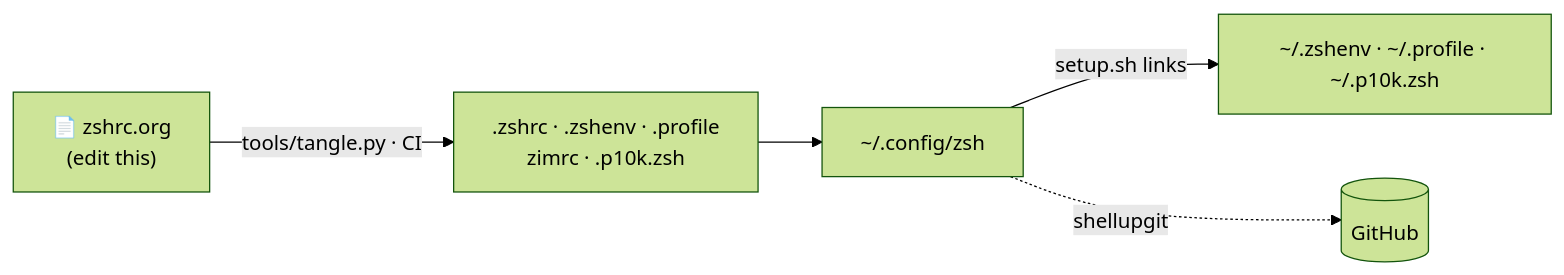
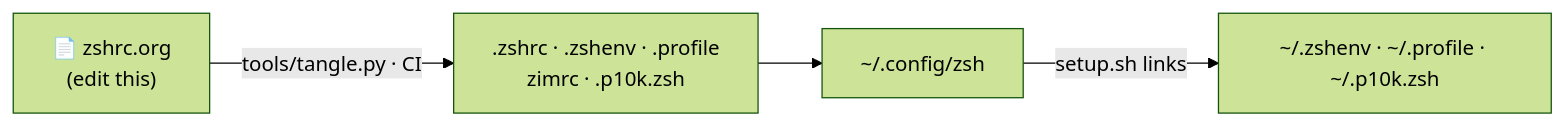
One commit to rexackermann/shell changed the diagram in README.md. Above: the diagram before and after it, drawn with Mermaid (forest theme). The commit also changed other lines of this file and 8 other files, not shown here.

````diff
--- a/README.md
+++ b/README.md
@@ -32,7 +31,6 @@
 ```mermaid
 flowchart LR
   A["📄 zshrc.org<br/>(edit this)"] -->|"tools/tangle.py · CI"| B[".zshrc · .zshenv · .profile<br/>zimrc · .p10k.zsh"]
   B --> C["~/.config/zsh"]
   C -->|"setup.sh links"| D["~/.zshenv · ~/.profile · ~/.p10k.zsh"]
-  C -.->|"shellupgit"| E[("GitHub")]
 ```
````
